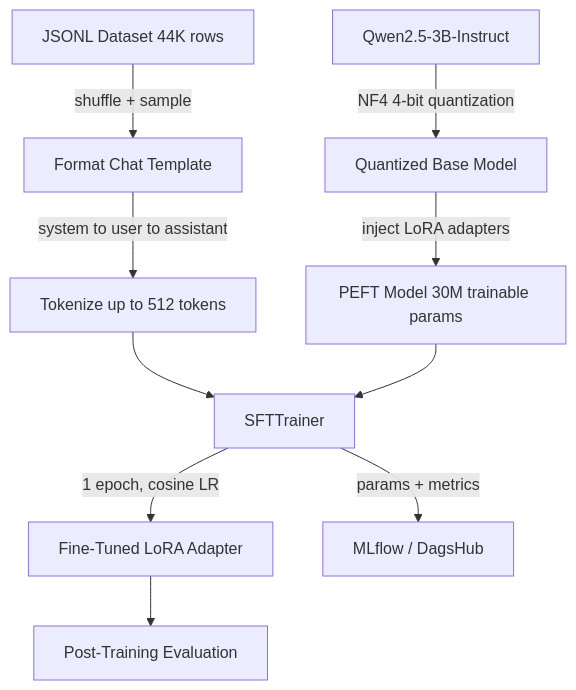
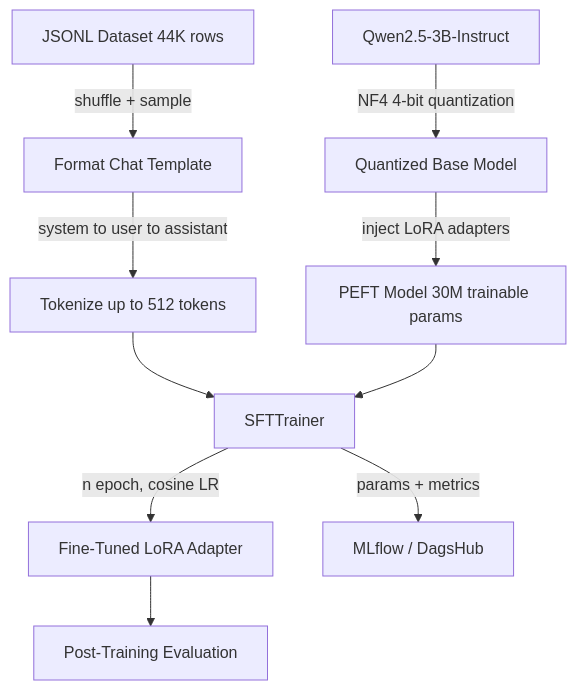
Before and after one commit to nasim-raj-laskar/QwenDrive-QLoRA: the first of 4 diagrams in README.md, drawn with Mermaid. The commit also changed other lines of this file, not shown here.

````diff
--- a/README.md
+++ b/README.md
@@ -7,14 +7,14 @@
 ```mermaid
 flowchart TD
     A[JSONL Dataset 44K rows] -->|shuffle + sample| B[Format Chat Template]
     B -->|system to user to assistant| C[Tokenize up to 512 tokens]
     C --> G
 
     D[Qwen2.5-3B-Instruct] -->|NF4 4-bit quantization| E[Quantized Base Model]
     E -->|inject LoRA adapters| F[PEFT Model 30M trainable params]
     F --> G[SFTTrainer]
 
-    G -->|1 epoch, cosine LR| H[Fine-Tuned LoRA Adapter]
+    G -->|n epoch, cosine LR| H[Fine-Tuned LoRA Adapter]
     H --> I[Post-Training Evaluation]
     G -->|params + metrics| J[MLflow / DagsHub]
 ```
````
